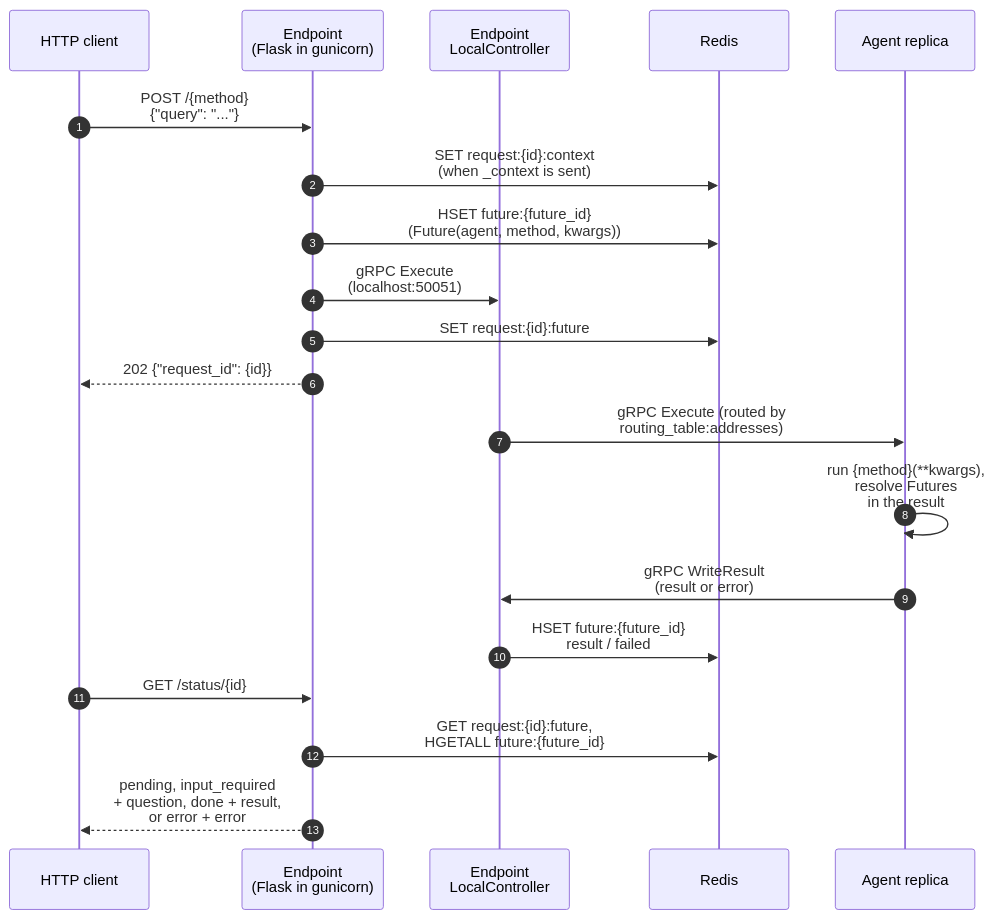
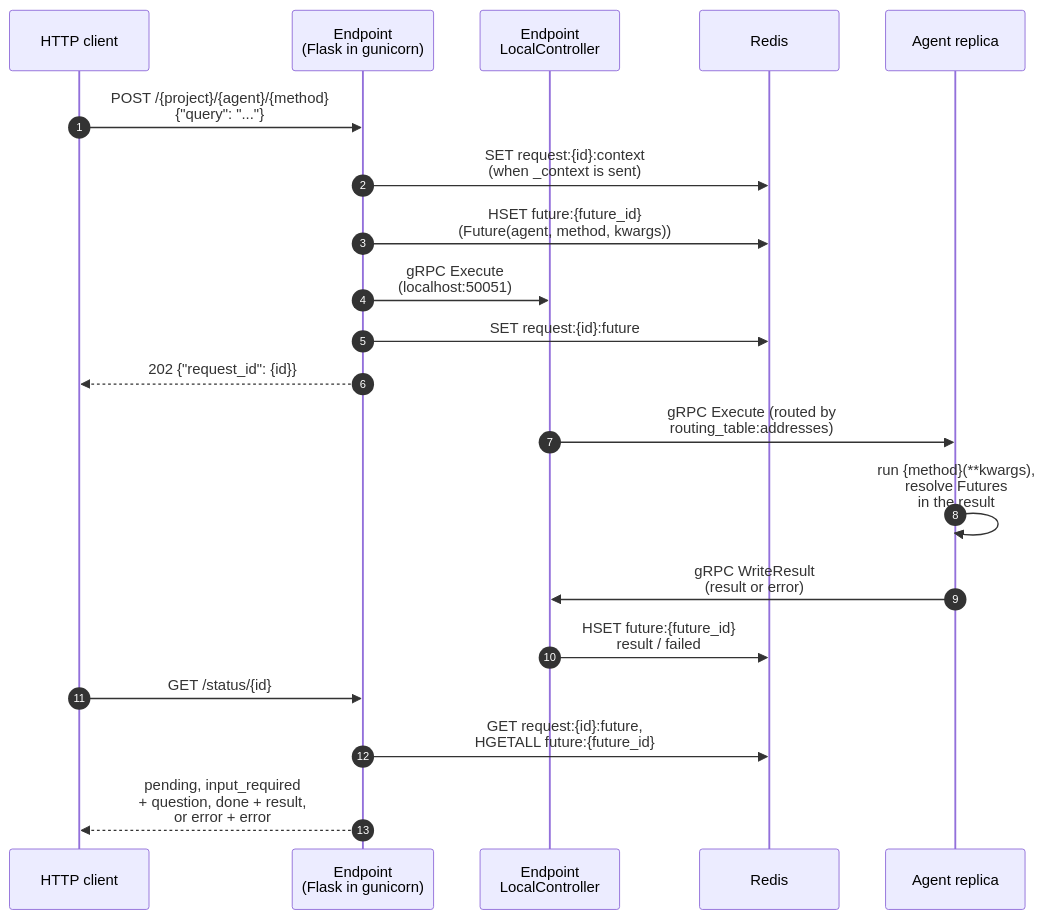
Before and after one commit to CanyonCodeCoreAI/canyonos: the diagram in docs/architecture/ENDPOINT.md, drawn with Mermaid. The commit also changed other lines of this file and 231 other files, not shown here.

````diff
--- a/docs/architecture/ENDPOINT.md
+++ b/docs/architecture/ENDPOINT.md
@@ -10,23 +10,23 @@
 ```mermaid
 sequenceDiagram
     autonumber
     participant C as HTTP client
     participant E as Endpoint<br/>(Flask in gunicorn)
     participant LC as Endpoint<br/>LocalController
     participant R as Redis
     participant A as Agent replica
 
-    C->>E: POST /{method}<br/>{"query": "..."}
+    C->>E: POST /{project}/{agent}/{method}<br/>{"query": "..."}
     E->>R: SET request:{id}:context<br/>(when _context is sent)
     E->>R: HSET future:{future_id}<br/>(Future(agent, method, kwargs))
     E->>LC: gRPC Execute<br/>(localhost:50051)
     E->>R: SET request:{id}:future
     E-->>C: 202 {"request_id": {id}}
     LC->>A: gRPC Execute (routed by<br/>routing_table:addresses)
     A->>A: run {method}(**kwargs),<br/>resolve Futures<br/>in the result
     A->>LC: gRPC WriteResult<br/>(result or error)
     LC->>R: HSET future:{future_id}<br/>result / failed
     C->>E: GET /status/{id}
     E->>R: GET request:{id}:future,<br/>HGETALL future:{future_id}
     E-->>C: pending, input_required<br/>+ question, done + result,<br/>or error + error
 ```
````
